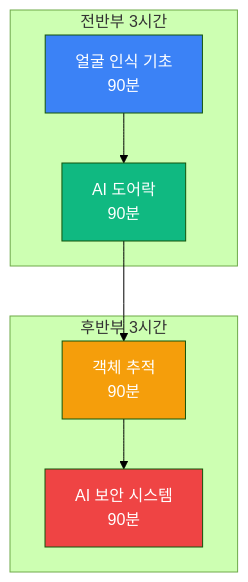
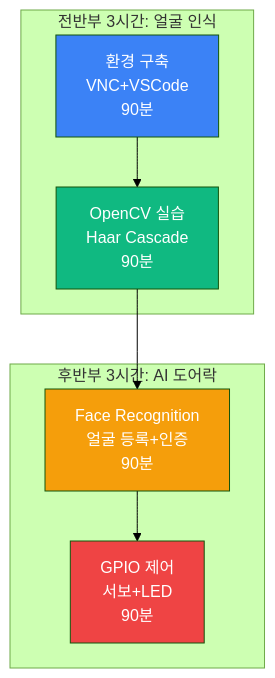
Before and after one commit to Collegenie-X/AIMakerLab_Web: the second of 9 diagrams in documents/CURRICULUM/맛보기_라즈베리파이_AI.md, drawn with Mermaid (forest theme). The commit also changed other lines of this file and 3 other files, not shown here.

````diff
--- a/documents/CURRICULUM/맛보기_라즈베리파이_AI.md
+++ b/documents/CURRICULUM/맛보기_라즈베리파이_AI.md
@@ -87,21 +110,21 @@
 ```mermaid
 graph TB
-    subgraph "전반부 3시간"
-        A1[얼굴 인식 기초<br/>90분]
-        A2[AI 도어락<br/>90분]
+    subgraph "전반부 3시간: 얼굴 인식"
+        A1[환경 구축<br/>VNC+VSCode<br/>90분]
+        A2[OpenCV 실습<br/>Haar Cascade<br/>90분]
     end
     
-    subgraph "후반부 3시간"
-        B1[객체 추적<br/>90분]
-        B2[AI 보안 시스템<br/>90분]
+    subgraph "후반부 3시간: AI 도어락"
+        B1[Face Recognition<br/>얼굴 등록+인증<br/>90분]
+        B2[GPIO 제어<br/>서보+LED<br/>90분]
     end
     
     A1 --> A2
     A2 --> B1
     B1 --> B2
     
     style A1 fill:#3b82f6,color:#fff
     style A2 fill:#10b981,color:#fff
     style B1 fill:#f59e0b,color:#fff
     style B2 fill:#ef4444,color:#fff
 ```
````
